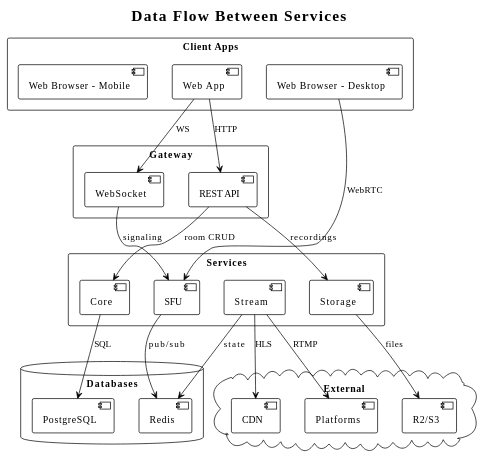
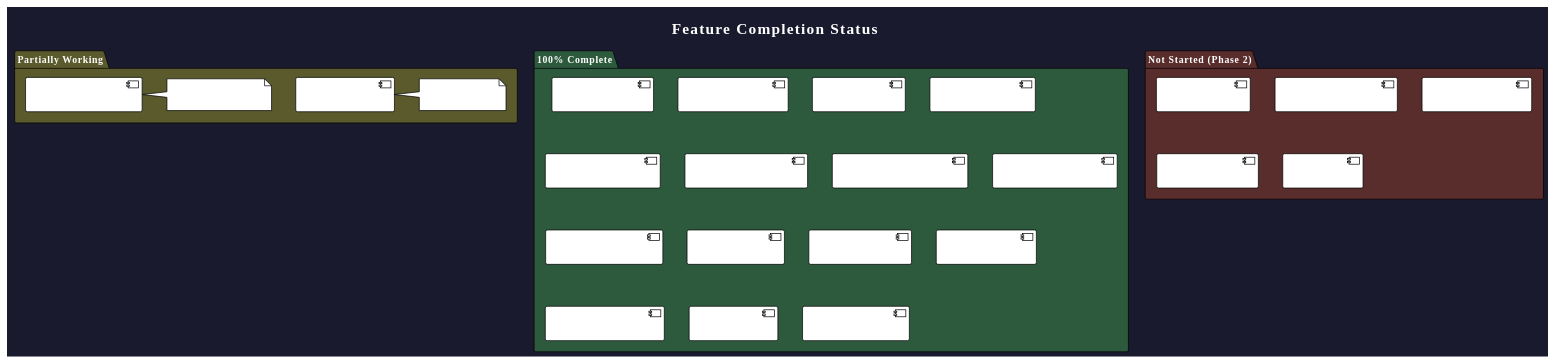
Before and after one commit to stellalphatic/Executewithyou-video-server: the ninth of 9 diagrams in docs/architecture/DIAGRAMS.md, drawn with PlantUML. The commit also changed other lines of this file and 103 other files, not shown here.

````diff
--- a/docs/architecture/DIAGRAMS.md
+++ b/docs/architecture/DIAGRAMS.md
@@ -234,53 +713,44 @@
 ```plantuml
-@startuml Data_Flow
+@startuml Feature_Completion
 !theme plain
+skinparam backgroundColor #1a1a2e
+skinparam defaultFontColor #ffffff
 
-title Data Flow Between Services
+title Feature Completion Status
 
-rectangle "Client Apps" as clients {
-  [Web App]
-  [Web Browser - Desktop]
-  [Web Browser - Mobile]
+package "100% Complete" as complete #2d5a3d {
+    [Studio Interface]
+    [Meeting Interface]
+    [Waiting Room]
+    [Guest Admission]
+    [Permission System]
+    [WYSIWYG Recording]
+    [Multi-destination RTMP]
+    [Presentation Pinning]
+    [Zoom/Pan Controls]
+    [Screen Sharing]
+    [Device Selection]
+    [Auth + Sessions]
+    [Tier-based Features]
+    [Rate Limiting]
+    [Error Boundaries]
 }
 
-rectangle "Gateway" as gw {
-  [REST API]
-  [WebSocket]
+package "Partially Working" as partial #5a5a2d {
+    [Branding Panel]
+    note right: Works but needs\nUI polish
+
+    [Virtual Background]
+    note right: MediaPipe not\nsegmenting properly
 }
 
-rectangle "Services" as services {
-  [Core] as core
-  [SFU] as sfu
-  [Stream] as stream
-  [Storage] as storage
+package "Not Started (Phase 2)" as future #5a2d2d {
+    [ISO Recording]
+    [Analytics Dashboard]
+    [Stripe Integration]
+    [Usage Metering]
+    [Mobile App]
 }
-
-database "Databases" as dbs {
-  [PostgreSQL] as pg
-  [Redis] as redis
-}
-
-cloud "External" as ext {
-  [R2/S3] as r2
-  [CDN] as cdn
-  [Platforms] as platforms
-}
-
-[Web App] --> [REST API] : HTTP
-[Web App] --> [WebSocket] : WS
-[Web Browser - Desktop] --> sfu : WebRTC
-
-[REST API] --> core : room CRUD
-[REST API] --> storage : recordings
-[WebSocket] --> sfu : signaling
-
-core --> pg : SQL
-sfu --> redis : pub/sub
-stream --> redis : state
-storage --> r2 : files
-
-stream --> cdn : HLS
-stream --> platforms : RTMP
 
 @enduml
 ```
````
